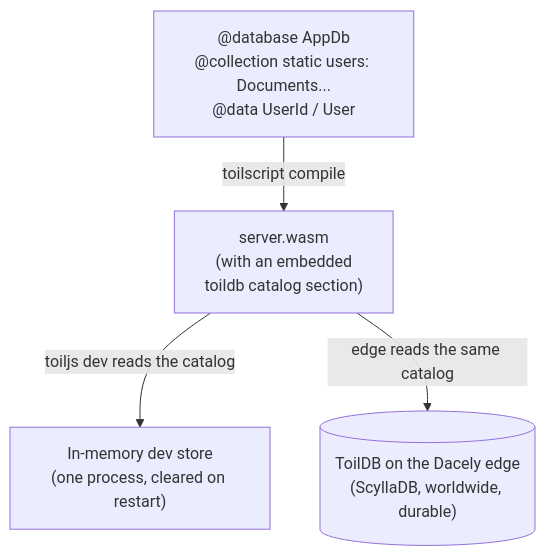
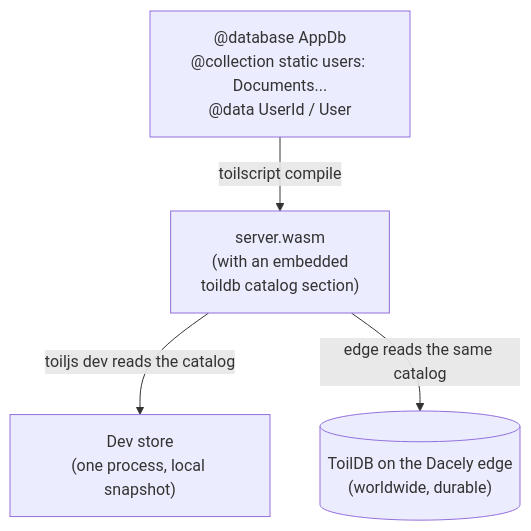
Before and after one commit to dacely-cloud/toiljs: the diagram in docs/database/setup.md, drawn with Mermaid. The commit also changed other lines of this file and 169 other files, not shown here.

````diff
--- a/docs/database/setup.md
+++ b/docs/database/setup.md
@@ -140,7 +140,7 @@
 ```mermaid
 flowchart TD
     SRC["@database AppDb<br/>@collection static users: Documents...<br/>@data UserId / User"]
     SRC -->|toilscript compile| WASM["server.wasm<br/>(with an embedded<br/>toildb catalog section)"]
-    WASM -->|toiljs dev reads the catalog| DEV["In-memory dev store<br/>(one process, cleared on restart)"]
-    WASM -->|edge reads the same catalog| EDGE[("ToilDB on the Dacely edge<br/>(ScyllaDB, worldwide, durable)")]
+    WASM -->|toiljs dev reads the catalog| DEV["Dev store<br/>(one process, local snapshot)"]
+    WASM -->|edge reads the same catalog| EDGE[("ToilDB on the Dacely edge<br/>(worldwide, durable)")]
 ```
````
